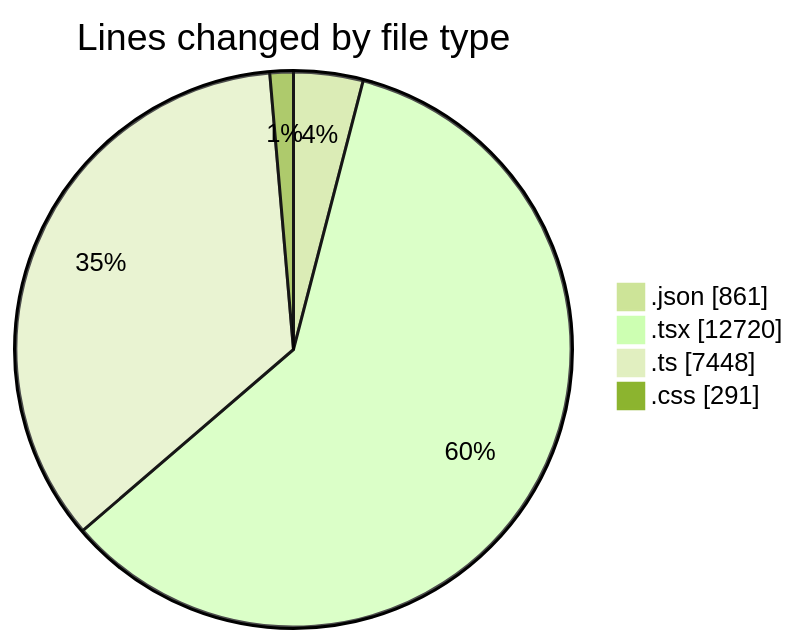
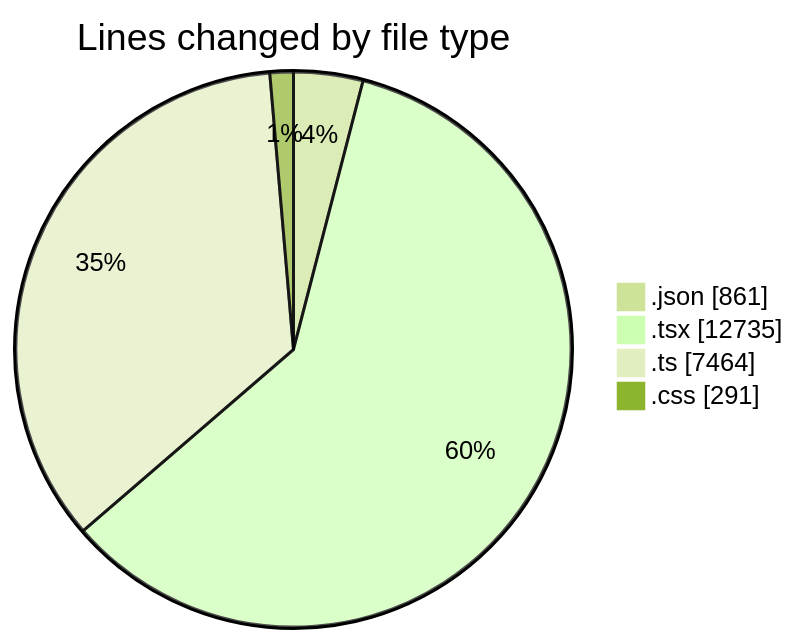
The first of 2 diagrams in 2025-10-07/eventscop-frontend-guide__workspace_/README.md (julien-gomy/code-tracking), drawn with Mermaid (forest theme) before and after one commit. The commit also changed other lines of this file and 1 other file, not shown here.

````diff
--- a/2025-10-07/eventscop-frontend-guide__workspace_/README.md
+++ b/2025-10-07/eventscop-frontend-guide__workspace_/README.md
@@ -106,8 +106,8 @@
 ```mermaid
 pie showData
 title Lines changed by file type
 ".json" : 861
-".tsx" : 12720
-".ts" : 7448
+".tsx" : 12735
+".ts" : 7464
 ".css" : 291
 ```
````
